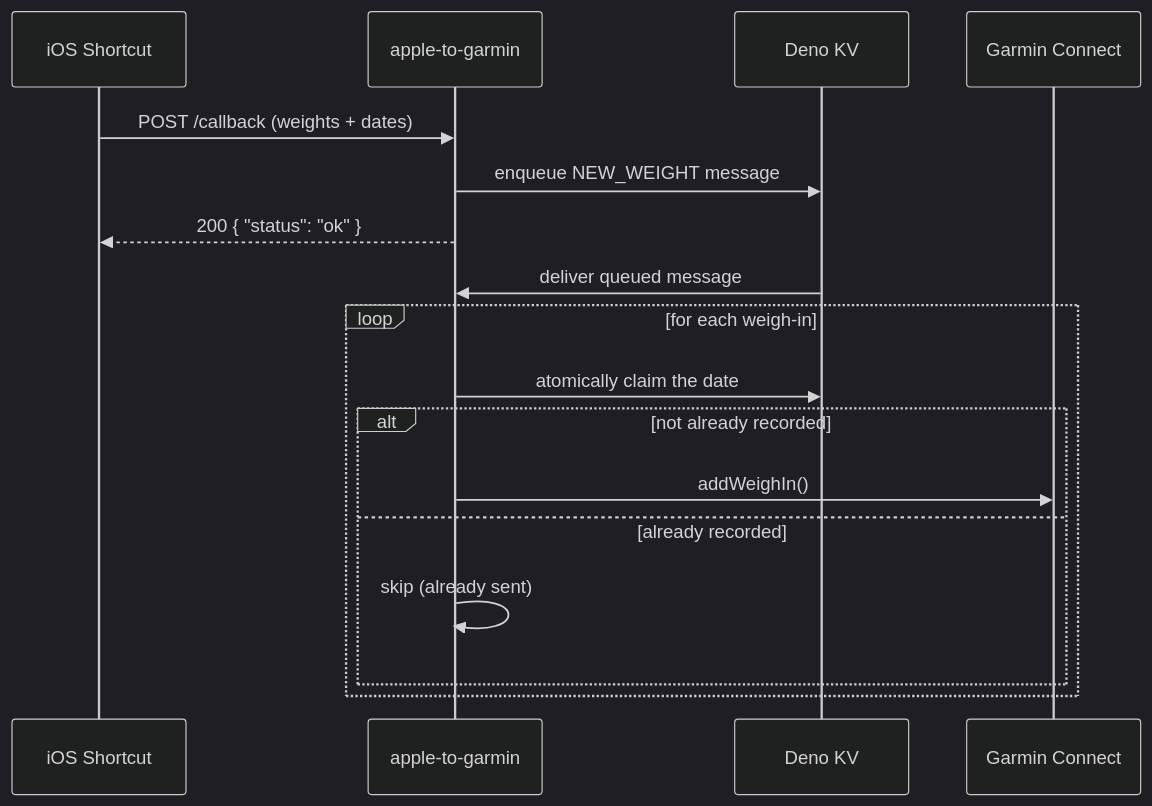
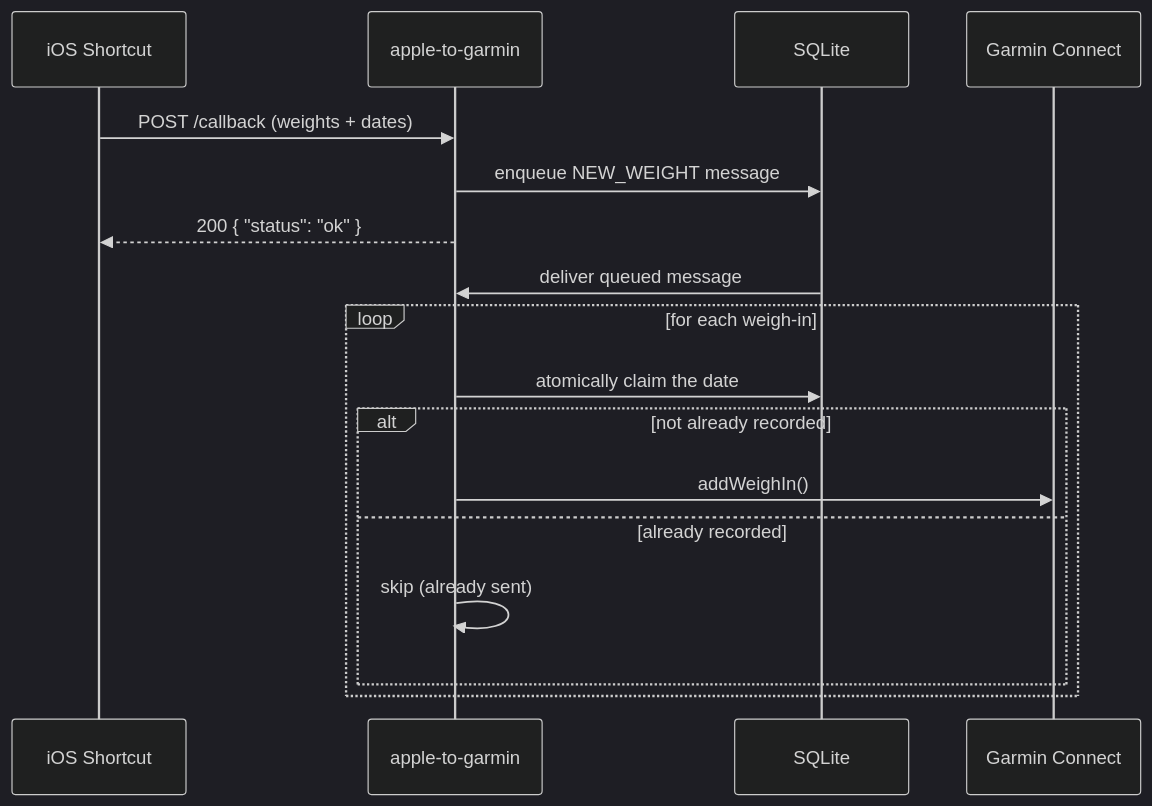
The diagram in README.md (cezarsmpio/apple-to-garmin), drawn with Mermaid (dark theme) before and after one commit. The commit also changed other lines of this file and 2 other files, not shown here.

Commit message:
docs: document the Node.js runtime and remove Deno tooling

````diff
--- a/README.md
+++ b/README.md
@@ -13,20 +13,20 @@
 ```mermaid
 sequenceDiagram
     participant Shortcut as iOS Shortcut
     participant Server as apple-to-garmin
-    participant KV as Deno KV
+    participant KV as SQLite
     participant Garmin as Garmin Connect
 
     Shortcut->>Server: POST /callback (weights + dates)
     Server->>KV: enqueue NEW_WEIGHT message
     Server-->>Shortcut: 200 { "status": "ok" }
     KV->>Server: deliver queued message
     loop for each weigh-in
         Server->>KV: atomically claim the date
         alt not already recorded
             Server->>Garmin: addWeighIn()
         else already recorded
             Server->>Server: skip (already sent)
         end
     end
 ```
````
